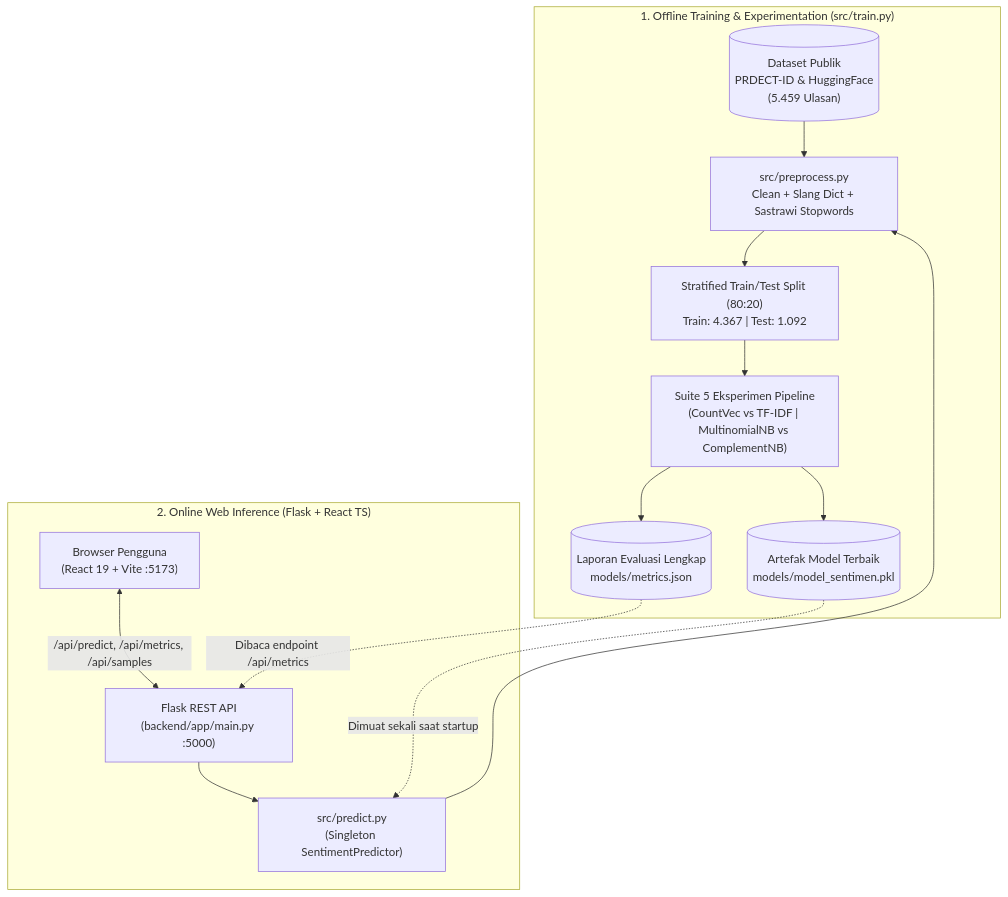
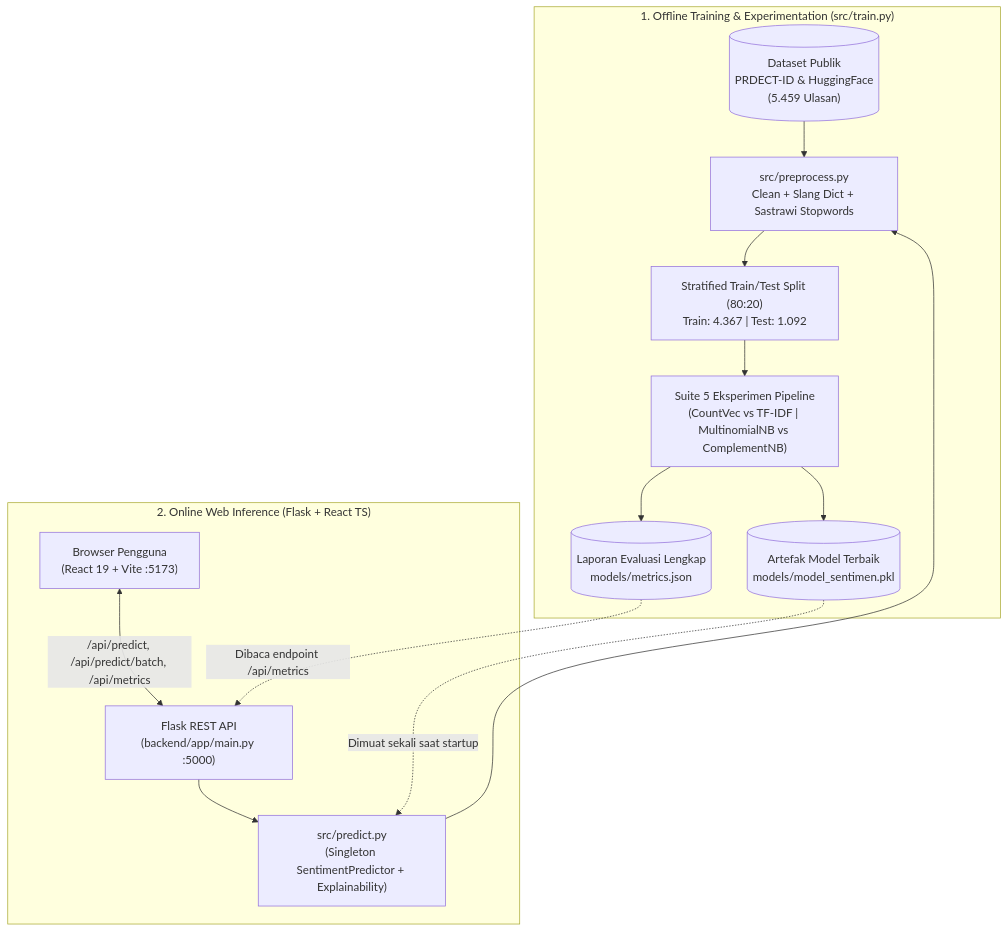
Before and after one commit to Muhfaizr21/Klasifikasi-sentimen-ulasan-produk: the diagram in README.md, drawn with Mermaid. The commit also changed other lines of this file and 12 other files, not shown here.

Commit message:
feat: tambahkan explainability Naive Bayes, batch prediction CSV, GitHub Actions CI/CD, Dockerfile, dan docker-compose

````diff
--- a/README.md
+++ b/README.md
@@ -75,18 +85,18 @@
 ```mermaid
 flowchart TB
     subgraph Offline["1. Offline Training & Experimentation (src/train.py)"]
         A[("Dataset Publik\nPRDECT-ID & HuggingFace\n(5.459 Ulasan)")] --> B["src/preprocess.py\nClean + Slang Dict + Sastrawi Stopwords"]
         B --> C["Stratified Train/Test Split (80:20)\nTrain: 4.367 | Test: 1.092"]
         C --> D["Suite 5 Eksperimen Pipeline\n(CountVec vs TF-IDF | MultinomialNB vs ComplementNB)"]
         D --> E[("Artefak Model Terbaik\nmodels/model_sentimen.pkl")]
         D --> F[("Laporan Evaluasi Lengkap\nmodels/metrics.json")]
     end
 
     subgraph Online["2. Online Web Inference (Flask + React TS)"]
-        U["Browser Pengguna\n(React 19 + Vite :5173)"] <-->|"/api/predict, /api/metrics, /api/samples"| API["Flask REST API\n(backend/app/main.py :5000)"]
-        API --> P["src/predict.py\n(Singleton SentimentPredictor)"]
+        U["Browser Pengguna\n(React 19 + Vite :5173)"] <-->|"/api/predict, /api/predict/batch, /api/metrics"| API["Flask REST API\n(backend/app/main.py :5000)"]
+        API --> P["src/predict.py\n(Singleton SentimentPredictor + Explainability)"]
         P --> B
         E -.->|"Dimuat sekali saat startup"| P
         F -.->|"Dibaca endpoint /api/metrics"| API
     end
 ```
````
